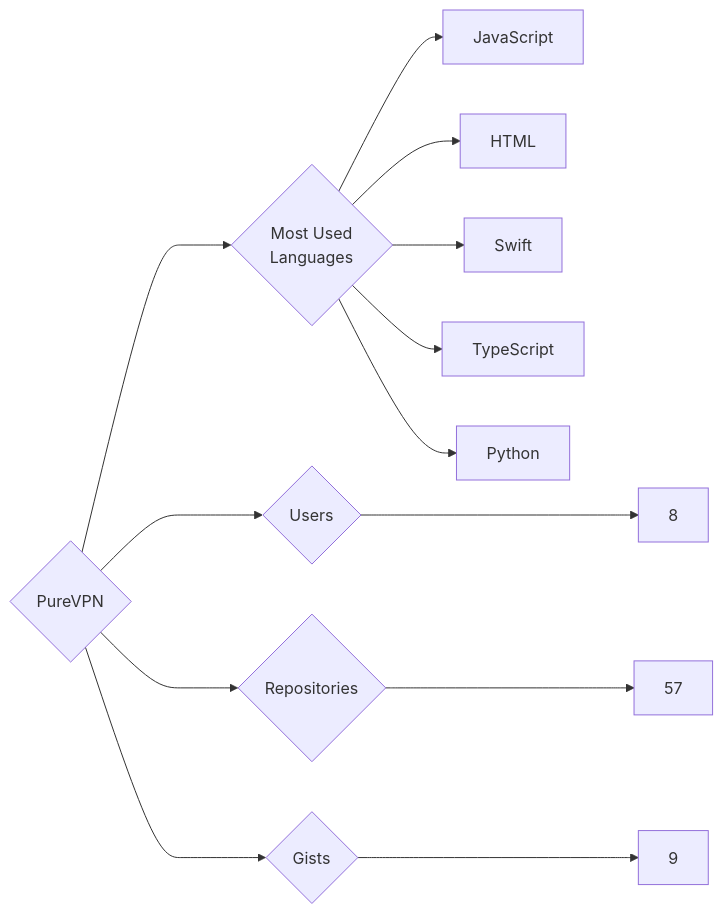
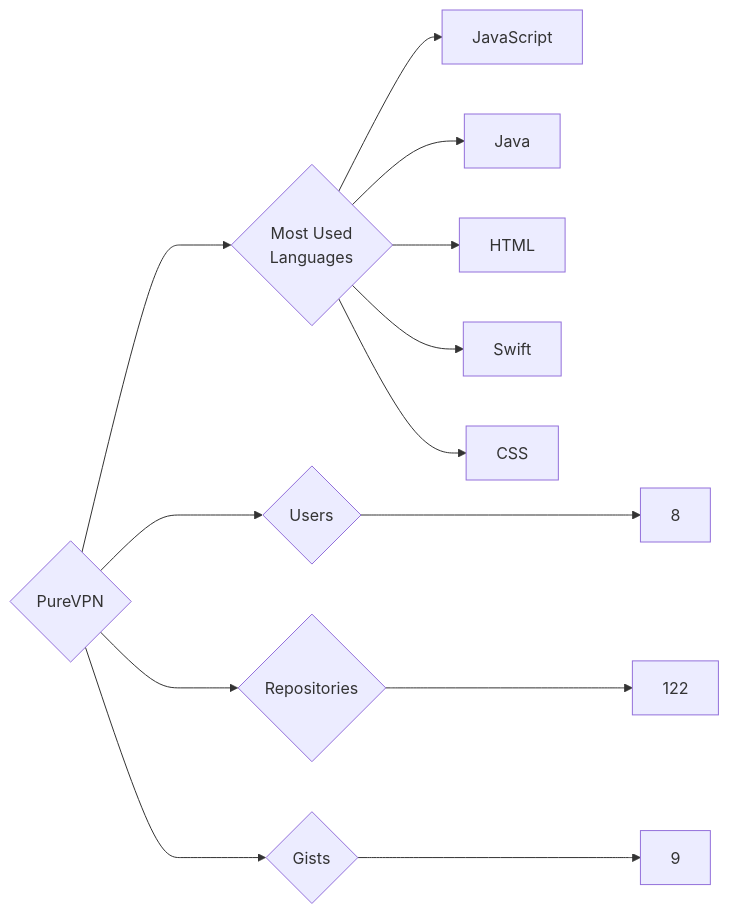
Before and after one commit to trickest/insiders: the diagram in targets/PureVPN/README.md, drawn with Mermaid. The commit also changed 823 other files, not shown here.

````diff
--- a/targets/PureVPN/README.md
+++ b/targets/PureVPN/README.md
@@ -3,13 +3,13 @@
 ```mermaid
 graph LR
 COMPANY_NAME{PureVPN}
 COMPANY_NAME ---> U{Users} ---> UN[8]
-COMPANY_NAME ---> R{Repositories} ---> RN[57]
+COMPANY_NAME ---> R{Repositories} ---> RN[122]
 COMPANY_NAME ---> G{Gists} ---> GN[9]
 COMPANY_NAME ---> ML{Most Used<br>Languages}
 ML --> JavaScript[JavaScript]
+ML --> Java[Java]
 ML --> HTML[HTML]
 ML --> Swift[Swift]
-ML --> TypeScript[TypeScript]
-ML --> Python[Python]
+ML --> CSS[CSS]
 ```
````
